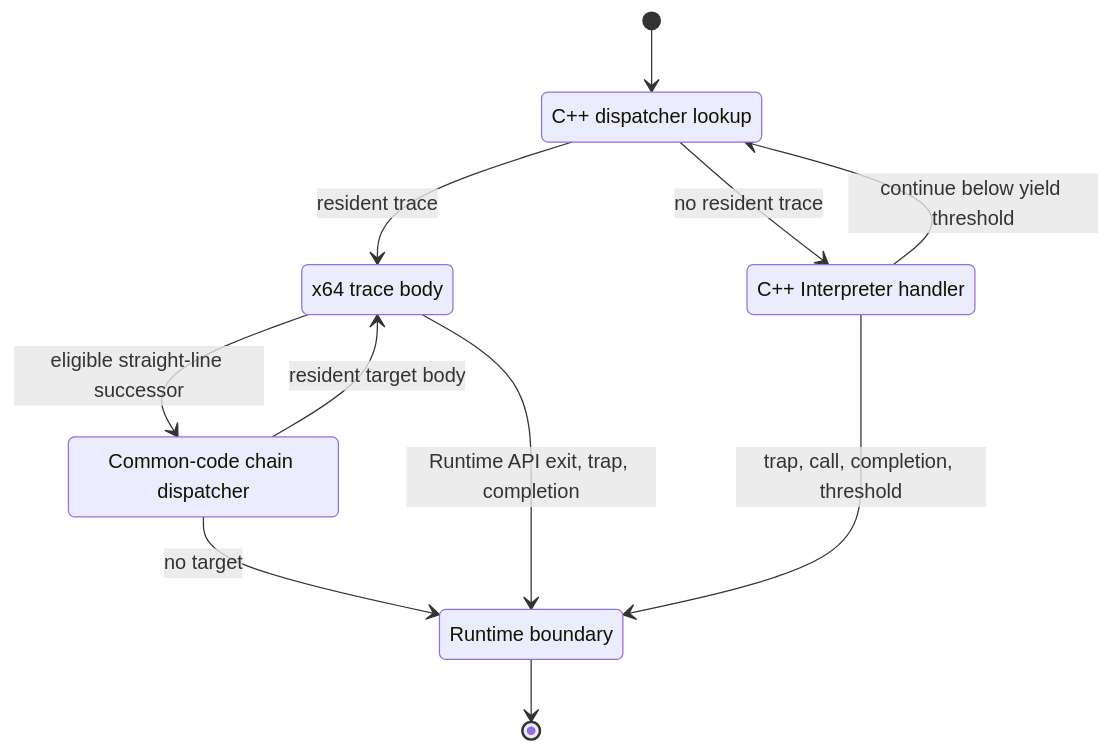
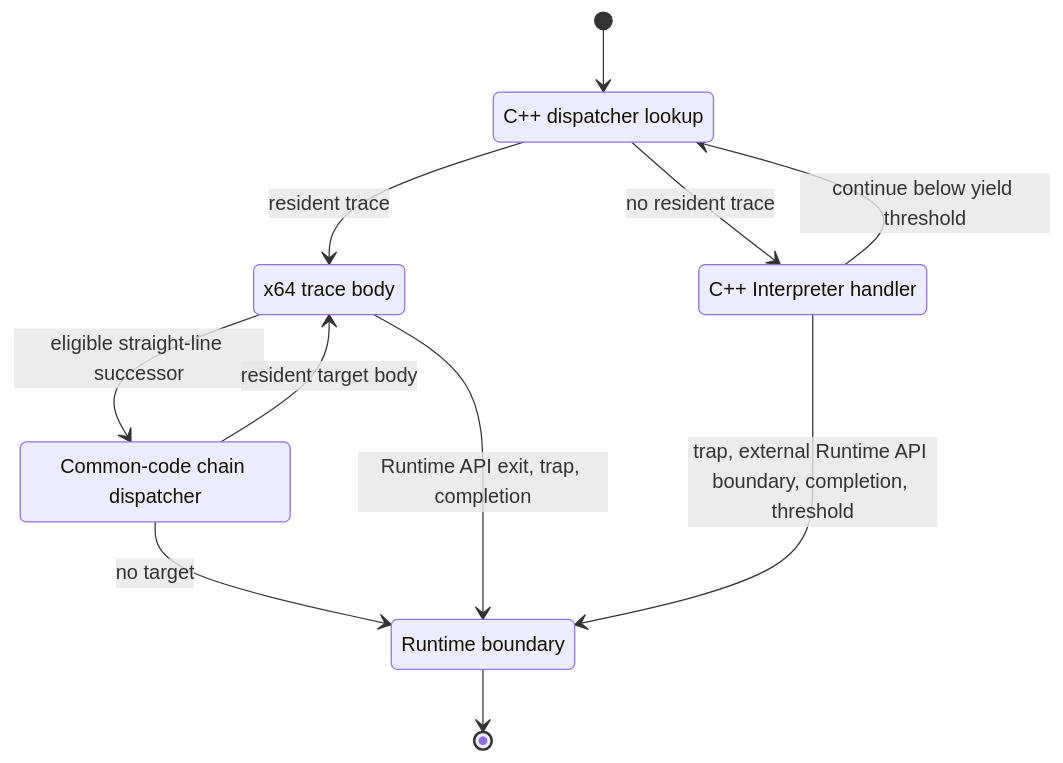
The third of 4 diagrams in docs/components/tier3_plugins/jit_compiler.md (kmt-t/fireball), drawn with Mermaid before and after one commit. The commit also changed other lines of this file and 7 other files, not shown here.

Commit message:
docs(runtime): align block boundary contracts

````diff
--- a/docs/components/tier3_plugins/jit_compiler.md
+++ b/docs/components/tier3_plugins/jit_compiler.md
@@ -290,19 +290,19 @@
 ```mermaid
 stateDiagram-v2
     state "C++ dispatcher lookup" as Lookup
     state "x64 trace body" as Trace
     state "C++ Interpreter handler" as Handler
     state "Common-code chain dispatcher" as Chain
     state "Runtime boundary" as Boundary
 
     [*] --> Lookup
     Lookup --> Trace: resident trace
     Lookup --> Handler: no resident trace
     Trace --> Chain: eligible straight-line successor
     Chain --> Trace: resident target body
     Chain --> Boundary: no target
     Trace --> Boundary: Runtime API exit, trap, completion
     Handler --> Lookup: continue below yield threshold
-    Handler --> Boundary: trap, call, completion, threshold
+    Handler --> Boundary: trap, external Runtime API boundary, completion, threshold
     Boundary --> [*]
 ```
````
